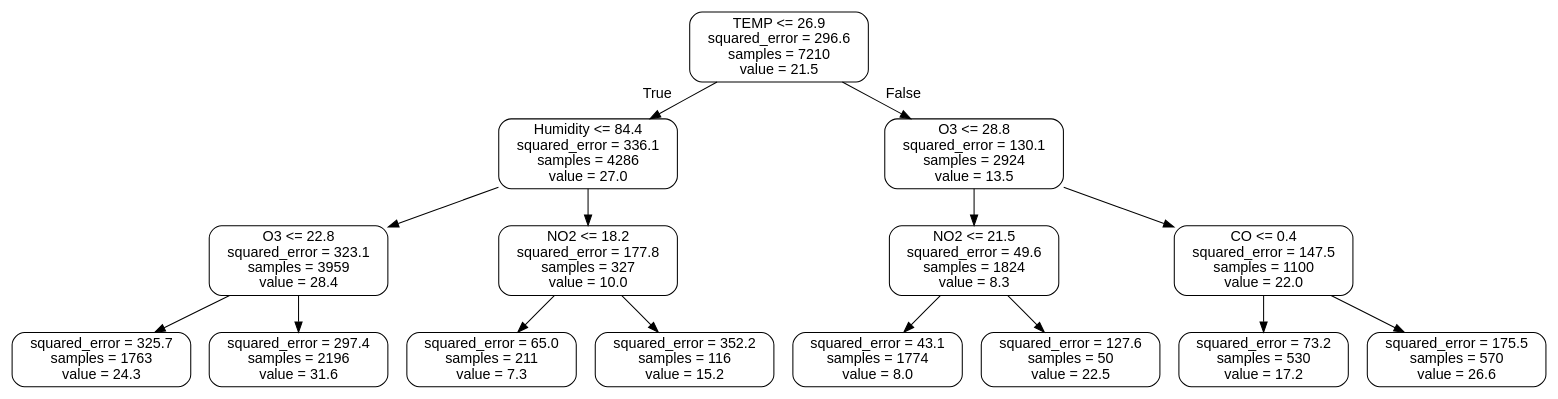
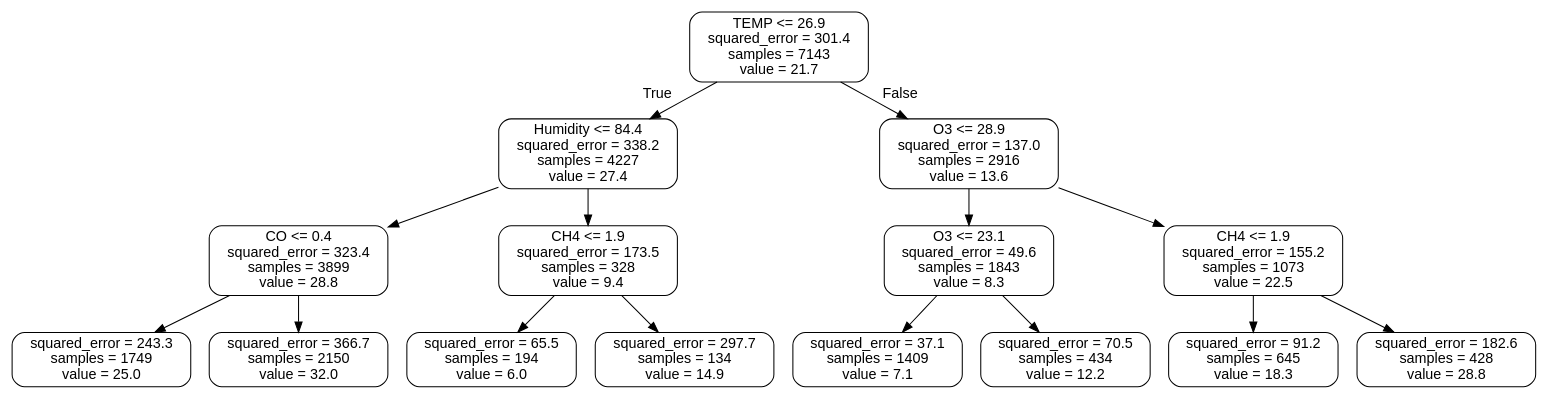
Before and after one commit to bunshue/vcs: the diagram in _4.python/__code/Python-PM2.5-DataAnalyzing-master/各種演算法比較/small_tree222.dot, drawn with Graphviz. The commit also changed 88 other files, not shown here.

```diff
--- a/_4.python/__code/Python-PM2.5-DataAnalyzing-master/各種演算法比較/small_tree222.dot
+++ b/_4.python/__code/Python-PM2.5-DataAnalyzing-master/各種演算法比較/small_tree222.dot
@@ -1,33 +1,33 @@
 digraph Tree {
 node [shape=box, style="rounded", color="black", fontname="helvetica"] ;
 edge [fontname="helvetica"] ;
-0 [label="TEMP <= 26.9\nsquared_error = 296.6\nsamples = 7210\nvalue = 21.5"] ;
-1 [label="Humidity <= 84.4\nsquared_error = 336.1\nsamples = 4286\nvalue = 27.0"] ;
+0 [label="TEMP <= 26.9\nsquared_error = 301.4\nsamples = 7143\nvalue = 21.7"] ;
+1 [label="Humidity <= 84.4\nsquared_error = 338.2\nsamples = 4227\nvalue = 27.4"] ;
 0 -> 1 [labeldistance=2.5, labelangle=45, headlabel="True"] ;
-2 [label="O3 <= 22.8\nsquared_error = 323.1\nsamples = 3959\nvalue = 28.4"] ;
+2 [label="CO <= 0.4\nsquared_error = 323.4\nsamples = 3899\nvalue = 28.8"] ;
 1 -> 2 ;
-3 [label="squared_error = 325.7\nsamples = 1763\nvalue = 24.3"] ;
+3 [label="squared_error = 243.3\nsamples = 1749\nvalue = 25.0"] ;
 2 -> 3 ;
-4 [label="squared_error = 297.4\nsamples = 2196\nvalue = 31.6"] ;
+4 [label="squared_error = 366.7\nsamples = 2150\nvalue = 32.0"] ;
 2 -> 4 ;
-5 [label="NO2 <= 18.2\nsquared_error = 177.8\nsamples = 327\nvalue = 10.0"] ;
+5 [label="CH4 <= 1.9\nsquared_error = 173.5\nsamples = 328\nvalue = 9.4"] ;
 1 -> 5 ;
-6 [label="squared_error = 65.0\nsamples = 211\nvalue = 7.3"] ;
+6 [label="squared_error = 65.5\nsamples = 194\nvalue = 6.0"] ;
 5 -> 6 ;
-7 [label="squared_error = 352.2\nsamples = 116\nvalue = 15.2"] ;
+7 [label="squared_error = 297.7\nsamples = 134\nvalue = 14.9"] ;
 5 -> 7 ;
-8 [label="O3 <= 28.8\nsquared_error = 130.1\nsamples = 2924\nvalue = 13.5"] ;
+8 [label="O3 <= 28.9\nsquared_error = 137.0\nsamples = 2916\nvalue = 13.6"] ;
 0 -> 8 [labeldistance=2.5, labelangle=-45, headlabel="False"] ;
-9 [label="NO2 <= 21.5\nsquared_error = 49.6\nsamples = 1824\nvalue = 8.3"] ;
+9 [label="O3 <= 23.1\nsquared_error = 49.6\nsamples = 1843\nvalue = 8.3"] ;
 8 -> 9 ;
-10 [label="squared_error = 43.1\nsamples = 1774\nvalue = 8.0"] ;
+10 [label="squared_error = 37.1\nsamples = 1409\nvalue = 7.1"] ;
 9 -> 10 ;
-11 [label="squared_error = 127.6\nsamples = 50\nvalue = 22.5"] ;
+11 [label="squared_error = 70.5\nsamples = 434\nvalue = 12.2"] ;
 9 -> 11 ;
-12 [label="CO <= 0.4\nsquared_error = 147.5\nsamples = 1100\nvalue = 22.0"] ;
+12 [label="CH4 <= 1.9\nsquared_error = 155.2\nsamples = 1073\nvalue = 22.5"] ;
 8 -> 12 ;
-13 [label="squared_error = 73.2\nsamples = 530\nvalue = 17.2"] ;
+13 [label="squared_error = 91.2\nsamples = 645\nvalue = 18.3"] ;
 12 -> 13 ;
-14 [label="squared_error = 175.5\nsamples = 570\nvalue = 26.6"] ;
+14 [label="squared_error = 182.6\nsamples = 428\nvalue = 28.8"] ;
 12 -> 14 ;
 }
```
